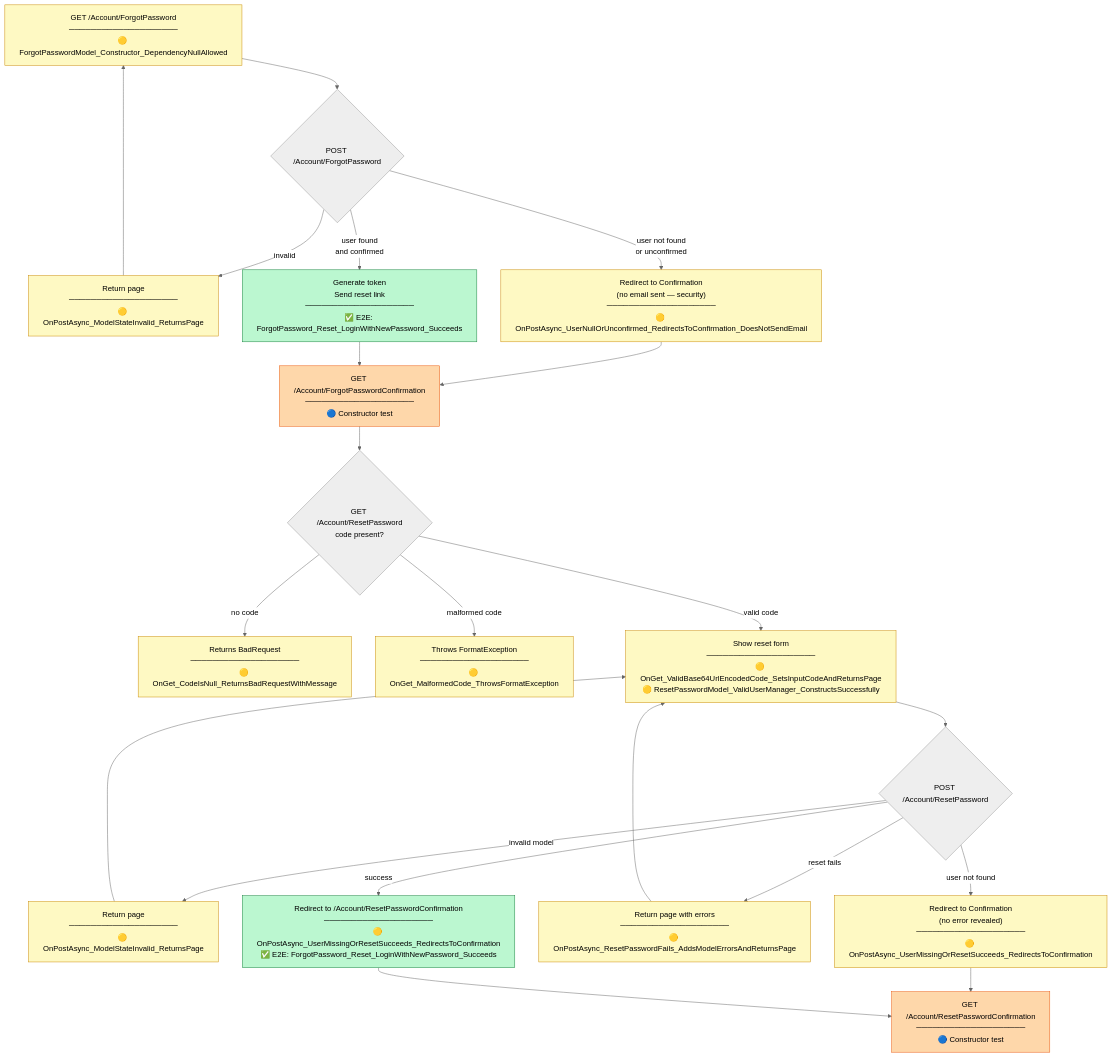
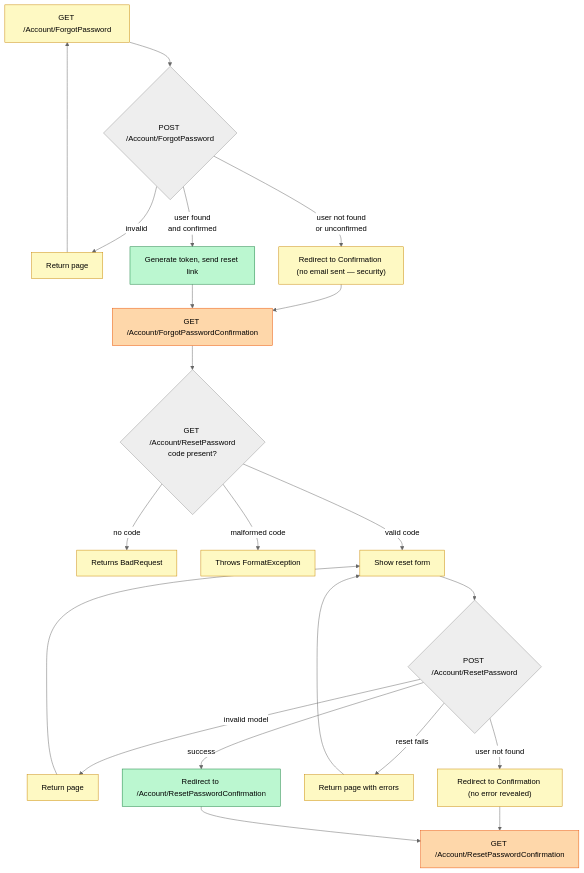
Before and after one commit to crgolden/Identity: the fourth of 16 diagrams in TESTING.md, drawn with Mermaid (neutral theme). The commit also changed other lines of this file and 15 other files, not shown here.

````diff
--- a/TESTING.md
+++ b/TESTING.md
@@ -278,59 +281,59 @@
 ```mermaid
 flowchart TD
     classDef covered fill:#bbf7d0,stroke:#15803d
     classDef unitOnly fill:#fef9c3,stroke:#ca8a04
     classDef partial fill:#fed7aa,stroke:#ea580c
 
-    ForgotGET["GET /Account/ForgotPassword\n────────────────────\n🟡 ForgotPasswordModel_Constructor_DependencyNullAllowed"]:::unitOnly
+    ForgotGET["GET /Account/ForgotPassword"]:::unitOnly
 
     ForgotPOST{"POST /Account/ForgotPassword"}
 
-    ForgotInvalid["Return page\n────────────────────\n🟡 OnPostAsync_ModelStateInvalid_ReturnsPage"]:::unitOnly
+    ForgotInvalid["Return page"]:::unitOnly
 
-    ForgotNoUser["Redirect to Confirmation\n(no email sent — security)\n────────────────────\n🟡 OnPostAsync_UserNullOrUnconfirmed_RedirectsToConfirmation_DoesNotSendEmail"]:::unitOnly
+    ForgotNoUser["Redirect to Confirmation (no email sent — security)"]:::unitOnly
 
-    ForgotSendEmail["Generate token\nSend reset link\n────────────────────\n✅ E2E: ForgotPassword_Reset_LoginWithNewPassword_Succeeds"]:::covered
+    ForgotSendEmail["Generate token, send reset link"]:::covered
 
-    ForgotConfirmPage["GET /Account/ForgotPasswordConfirmation\n────────────────────\n🔵 Constructor test"]:::partial
+    ForgotConfirmPage["GET /Account/ForgotPasswordConfirmation"]:::partial
 
     ResetGET{"GET /Account/ResetPassword\ncode present?"}
 
-    ResetNullCode["Returns BadRequest\n────────────────────\n🟡 OnGet_CodeIsNull_ReturnsBadRequestWithMessage"]:::unitOnly
+    ResetNullCode["Returns BadRequest"]:::unitOnly
 
-    ResetMalformed["Throws FormatException\n────────────────────\n🟡 OnGet_MalformedCode_ThrowsFormatException"]:::unitOnly
+    ResetMalformed["Throws FormatException"]:::unitOnly
 
-    ResetForm["Show reset form\n────────────────────\n🟡 OnGet_ValidBase64UrlEncodedCode_SetsInputCodeAndReturnsPage\n🟡 ResetPasswordModel_ValidUserManager_ConstructsSuccessfully"]:::unitOnly
+    ResetForm["Show reset form"]:::unitOnly
 
     ResetPOST{"POST /Account/ResetPassword"}
 
-    ResetInvalid["Return page\n────────────────────\n🟡 OnPostAsync_ModelStateInvalid_ReturnsPage"]:::unitOnly
+    ResetInvalid["Return page"]:::unitOnly
 
-    ResetNoUser["Redirect to Confirmation\n(no error revealed)\n────────────────────\n🟡 OnPostAsync_UserMissingOrResetSucceeds_RedirectsToConfirmation"]:::unitOnly
+    ResetNoUser["Redirect to Confirmation (no error revealed)"]:::unitOnly
 
-    ResetFails["Return page with errors\n────────────────────\n🟡 OnPostAsync_ResetPasswordFails_AddsModelErrorsAndReturnsPage"]:::unitOnly
+    ResetFails["Return page with errors"]:::unitOnly
 
-    ResetSuccess["Redirect to /Account/ResetPasswordConfirmation\n────────────────────\n🟡 OnPostAsync_UserMissingOrResetSucceeds_RedirectsToConfirmation\n✅ E2E: ForgotPassword_Reset_LoginWithNewPassword_Succeeds"]:::covered
+    ResetSuccess["Redirect to /Account/ResetPasswordConfirmation"]:::covered
 
-    ResetConfirmPage["GET /Account/ResetPasswordConfirmation\n────────────────────\n🔵 Constructor test"]:::partial
+    ResetConfirmPage["GET /Account/ResetPasswordConfirmation"]:::partial
 
     ForgotGET --> ForgotPOST
     ForgotPOST -->|"invalid"| ForgotInvalid
     ForgotInvalid --> ForgotGET
     ForgotPOST -->|"user not found\nor unconfirmed"| ForgotNoUser
     ForgotPOST -->|"user found\nand confirmed"| ForgotSendEmail
     ForgotNoUser --> ForgotConfirmPage
     ForgotSendEmail --> ForgotConfirmPage
     ForgotConfirmPage --> ResetGET
     ResetGET -->|"no code"| ResetNullCode
     ResetGET -->|"malformed code"| ResetMalformed
     ResetGET -->|"valid code"| ResetForm
     ResetForm --> ResetPOST
     ResetPOST -->|"invalid model"| ResetInvalid
     ResetInvalid --> ResetForm
     ResetPOST -->|"user not found"| ResetNoUser
     ResetPOST -->|"reset fails"| ResetFails
     ResetFails --> ResetForm
     ResetPOST -->|"success"| ResetSuccess
     ResetNoUser --> ResetConfirmPage
     ResetSuccess --> ResetConfirmPage
 ```
````
